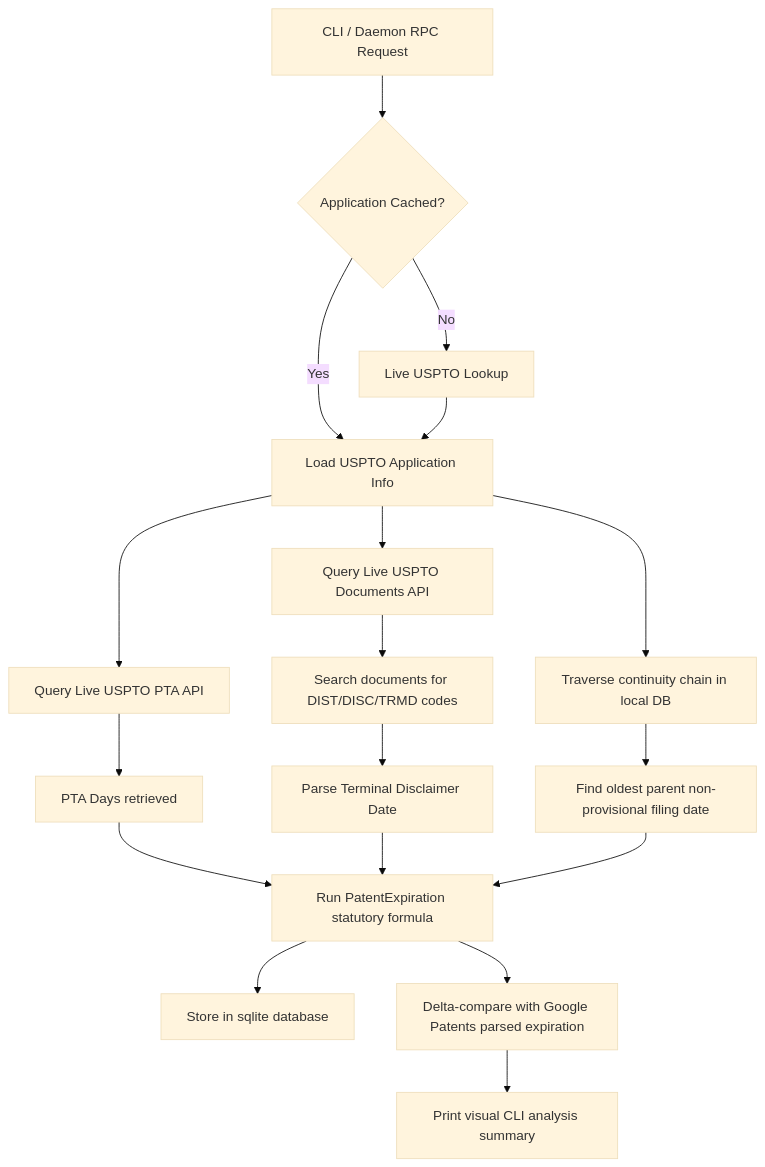
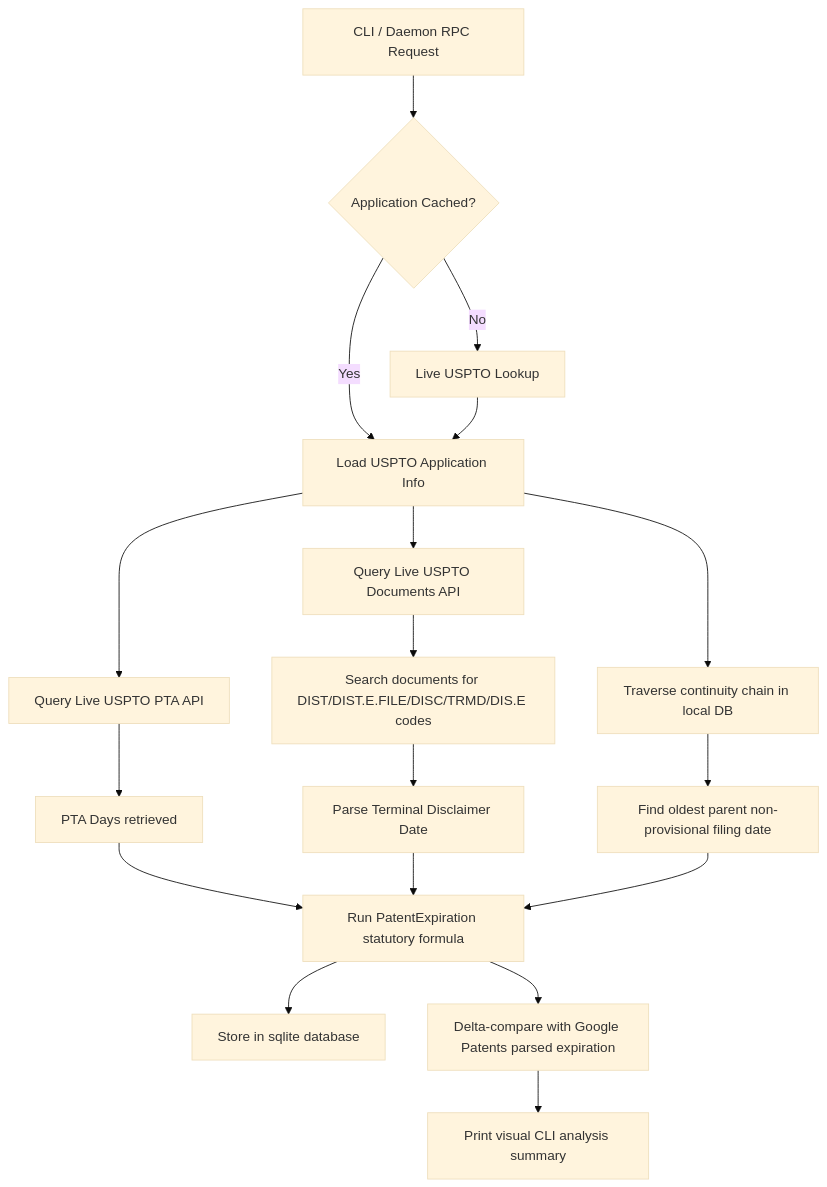
Before and after one commit to fjmalass/PatentMine: the diagram in EXPIRATION_DATE.md, drawn with Mermaid (base theme). The commit also changed other lines of this file and 10 other files, not shown here.

````diff
--- a/EXPIRATION_DATE.md
+++ b/EXPIRATION_DATE.md
@@ -39,18 +39,18 @@
 ```mermaid
 graph TD
     A[CLI / Daemon RPC Request] --> B{Application Cached?}
     B -- No --> C[Live USPTO Lookup]
     B -- Yes --> D[Load USPTO Application Info]
     C --> D
     D --> E[Query Live USPTO PTA API]
     D --> F[Query Live USPTO Documents API]
     D --> G[Traverse continuity chain in local DB]
     E --> H[PTA Days retrieved]
-    F --> I[Search documents for DIST/DISC/TRMD codes]
+    F --> I["Search documents for DIST/DIST.E.FILE/DISC/TRMD/DIS.E codes"]
     I --> J[Parse Terminal Disclaimer Date]
     G --> K[Find oldest parent non-provisional filing date]
     H & J & K --> L[Run PatentExpiration statutory formula]
     L --> M[Store in sqlite database]
     L --> N[Delta-compare with Google Patents parsed expiration]
     N --> O[Print visual CLI analysis summary]
 ```
````
